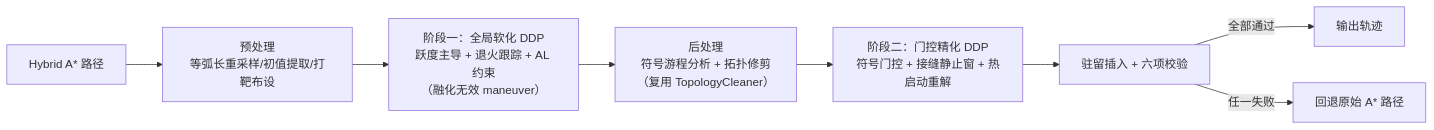
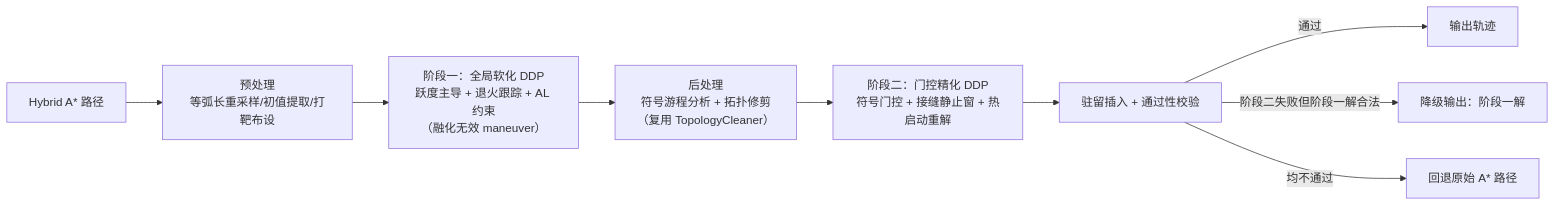
The fourth of 6 diagrams in docs/architecture.md (zw007981/APAPostProcessor), drawn with Mermaid before and after one commit. The commit also changed other lines of this file and 74 other files, not shown here.

````diff
--- a/docs/architecture.md
+++ b/docs/architecture.md
@@ -322,10 +322,11 @@
 ```mermaid
 flowchart LR
     A["Hybrid A* 路径"] --> P["预处理<br/>等弧长重采样/初值提取/打靶布设"]
     P --> S1["阶段一：全局软化 DDP<br/>跃度主导 + 退火跟踪 + AL 约束<br/>（融化无效 maneuver）"]
     S1 --> PR["后处理<br/>符号游程分析 + 拓扑修剪<br/>（复用 TopologyCleaner）"]
     PR --> S2["阶段二：门控精化 DDP<br/>符号门控 + 接缝静止窗 + 热启动重解"]
-    S2 --> D["驻留插入 + 六项校验"]
-    D -->|全部通过| O["输出轨迹"]
-    D -->|任一失败| F["回退原始 A* 路径"]
+    S2 --> D["驻留插入 + 通过性校验"]
+    D -->|通过| O["输出轨迹"]
+    D -->|阶段二失败但阶段一解合法| O2["降级输出：阶段一解"]
+    D -->|均不通过| F["回退原始 A* 路径"]
 ```
````
